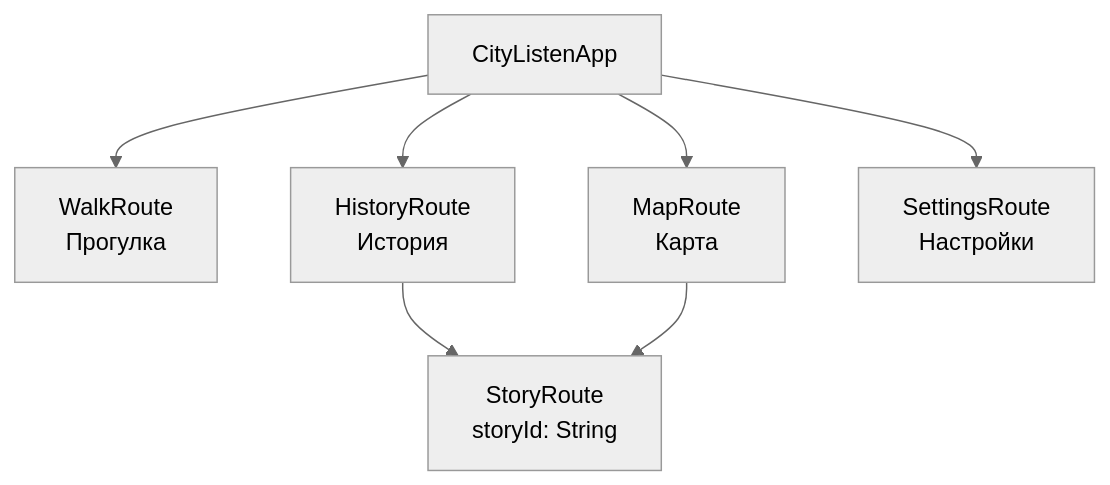
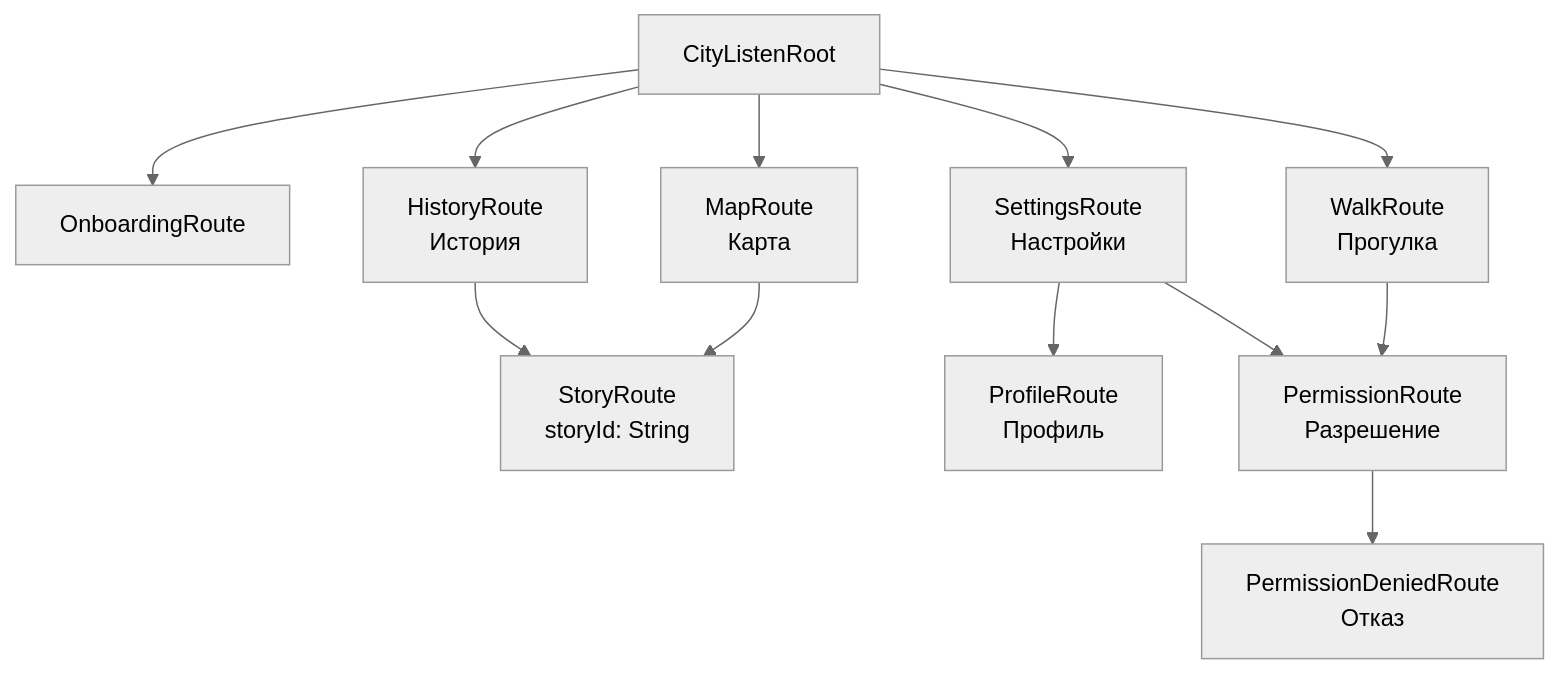
The diagram in docs/17-navigation.md (Loronelal/CityListen), drawn with Mermaid (neutral theme) before and after one commit. The commit also changed other lines of this file and 1 other file, not shown here.

Commit message:
docs: describe onboarding, permission and profile screens

````diff
--- a/docs/17-navigation.md
+++ b/docs/17-navigation.md
@@ -3,9 +3,14 @@
 ```mermaid
 graph TD
-    App[CityListenApp] --> Walk[WalkRoute<br/>Прогулка]
+    App[CityListenRoot] --> Onboarding[OnboardingRoute]
+    App --> Walk[WalkRoute<br/>Прогулка]
     App --> History[HistoryRoute<br/>История]
     App --> Map[MapRoute<br/>Карта]
     App --> Settings[SettingsRoute<br/>Настройки]
     History --> Story[StoryRoute<br/>storyId: String]
     Map --> Story
+    Settings --> Profile[ProfileRoute<br/>Профиль]
+    Settings --> Permission[PermissionRoute<br/>Разрешение]
+    Walk --> Permission
+    Permission --> Denied[PermissionDeniedRoute<br/>Отказ]
 ```
````
